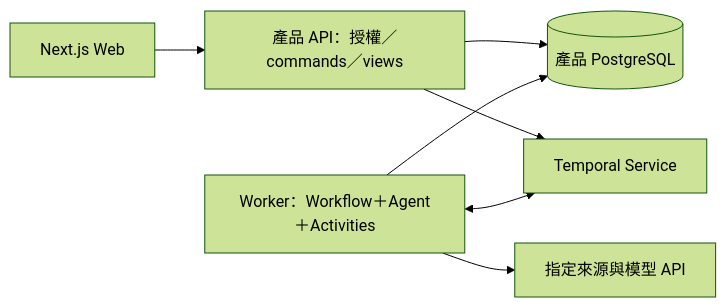
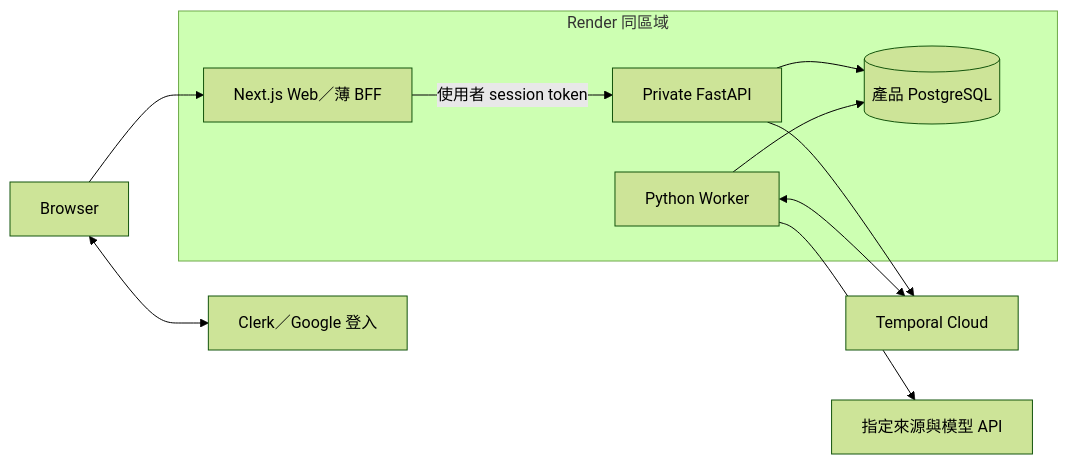
Before and after one commit to Will413028/whisky-discovery-agent: the diagram in ARCHITECTURE.md, drawn with Mermaid (forest theme). The commit also changed other lines of this file and 1 other file, not shown here.

````diff
--- a/ARCHITECTURE.md
+++ b/ARCHITECTURE.md
@@ -58,9 +74,13 @@
 ```mermaid
 flowchart LR
-  UI[Next.js Web] --> API[產品 API：授權／commands／views]
-  API --> DB[(產品 PostgreSQL)]
-  API --> T[Temporal Service]
-  W[Worker：Workflow＋Agent＋Activities] <--> T
-  W --> DB
+  B[Browser] --> UI[Next.js Web／薄 BFF]
+  B <--> A[Clerk／Google 登入]
+  subgraph R[Render 同區域]
+    UI -->|使用者 session token| API[Private FastAPI]
+    API --> DB[(產品 PostgreSQL)]
+    W[Python Worker] --> DB
+  end
+  API --> T[Temporal Cloud]
+  W <--> T
   W --> S[指定來源與模型 API]
 ```
````
